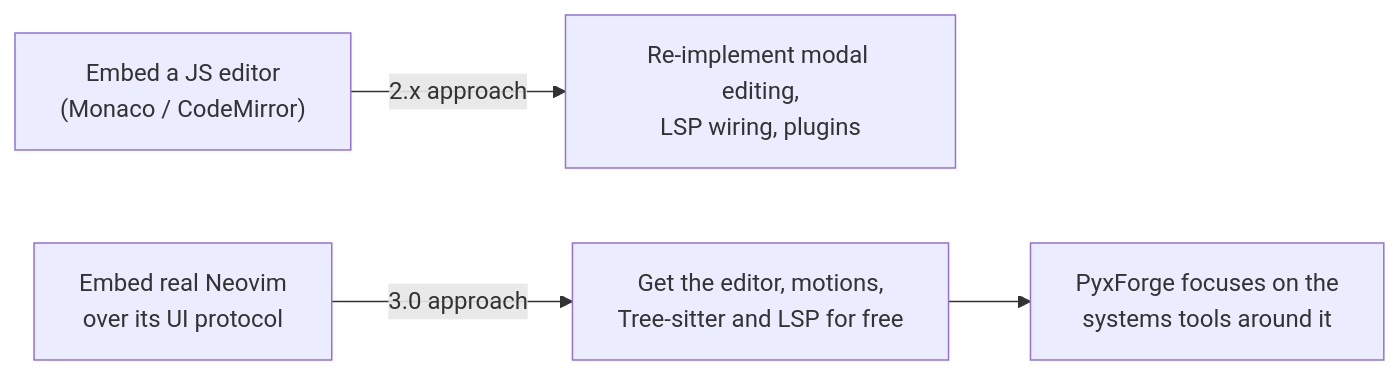
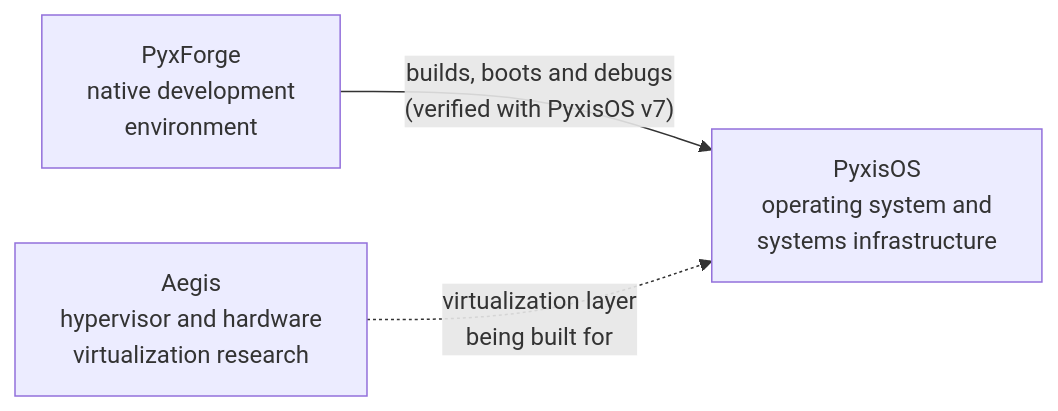
Before and after one commit to obstinix/PyxForge: the second of 2 diagrams in README.md, drawn with Mermaid. The commit also changed other lines of this file and 12 other files, not shown here.

First line of the commit message:
docs(readme): rewrite the README for the current architecture

````diff
--- a/README.md
+++ b/README.md
@@ -172,6 +339,8 @@
 ```mermaid
 flowchart LR
-    A["Embed a JS editor<br/>(Monaco / CodeMirror)"] -->|"2.x approach"| X["Re-implement modal editing,<br/>LSP wiring, plugins"]
-    B["Embed real Neovim<br/>over its UI protocol"] -->|"3.0 approach"| Y["Get the editor, motions,<br/>Tree-sitter and LSP for free"]
-    Y --> Z["PyxForge focuses on the<br/>systems tools around it"]
+    P["PyxisOS<br/>operating system and<br/>systems infrastructure"]
+    F["PyxForge<br/>native development<br/>environment"]
+    A["Aegis<br/>hypervisor and hardware<br/>virtualization research"]
+    F -- "builds, boots and debugs<br/>(verified with PyxisOS v7)" --> P
+    A -. "virtualization layer<br/>being built for" .-> P
 ```
````
